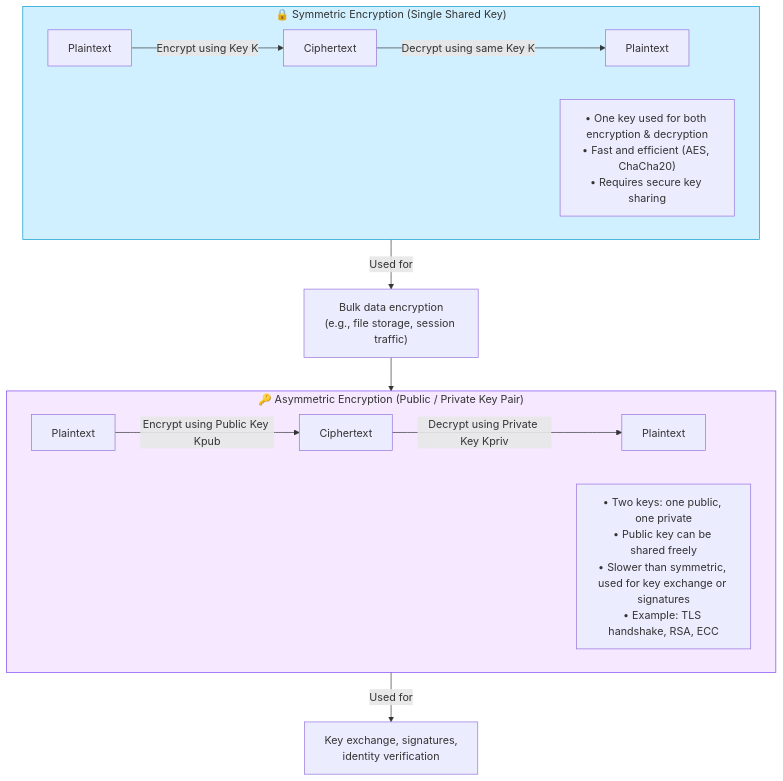
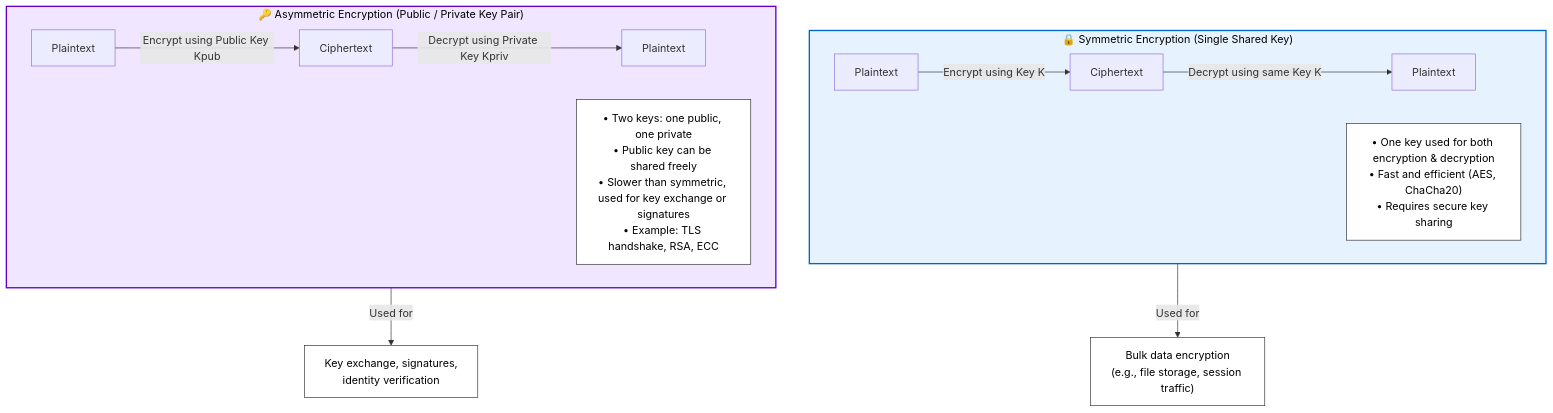
Before and after one commit to irahulsawhney/crypto-concepts: the diagram in diagrams/01-symmetric-asymmetric.mmd, drawn with Mermaid.

Commit message:
Improve contrast and remove arrow between encryption types

```diff
--- a/diagrams/01-symmetric-asymmetric.mmd
+++ b/diagrams/01-symmetric-asymmetric.mmd
@@ -1,19 +1,21 @@
 flowchart TB
     subgraph Symmetric_Encryption["🔒 Symmetric Encryption (Single Shared Key)"]
         A1[Plaintext] -->|Encrypt using Key K| B1[Ciphertext]
         B1 -->|Decrypt using same Key K| C1[Plaintext]
         N1["• One key used for both encryption & decryption<br/>• Fast and efficient (AES, ChaCha20)<br/>• Requires secure key sharing"]
     end
     Symmetric_Encryption -->|Used for| D1["Bulk data encryption\n(e.g., file storage, session traffic)"]
     
-    D1 --> Asymmetric_Encryption
-    
     subgraph Asymmetric_Encryption["🔑 Asymmetric Encryption (Public / Private Key Pair)"]
         A2[Plaintext] -->|Encrypt using Public Key Kpub| B2[Ciphertext]
         B2 -->|Decrypt using Private Key Kpriv| C2[Plaintext]
         N2["• Two keys: one public, one private<br/>• Public key can be shared freely<br/>• Slower than symmetric, used for key exchange or signatures<br/>• Example: TLS handshake, RSA, ECC"]
     end
     Asymmetric_Encryption -->|Used for| D2["Key exchange, signatures,\nidentity verification"]
 
-    style Symmetric_Encryption fill:#d1f0ff,stroke:#0099cc,stroke-width:1px
-    style Asymmetric_Encryption fill:#f5e8ff,stroke:#7a42f4,stroke-width:1px
+    style Symmetric_Encryption fill:#e6f3ff,stroke:#0066cc,stroke-width:2px,color:#000
+    style Asymmetric_Encryption fill:#f0e6ff,stroke:#6600cc,stroke-width:2px,color:#000
+    style N1 fill:#fff,stroke:#333,color:#000
+    style N2 fill:#fff,stroke:#333,color:#000
+    style D1 fill:#fff,stroke:#333,color:#000
+    style D2 fill:#fff,stroke:#333,color:#000
```
